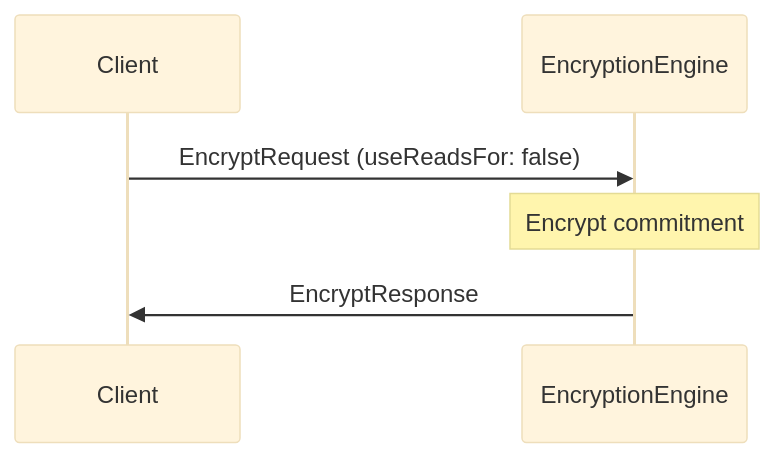
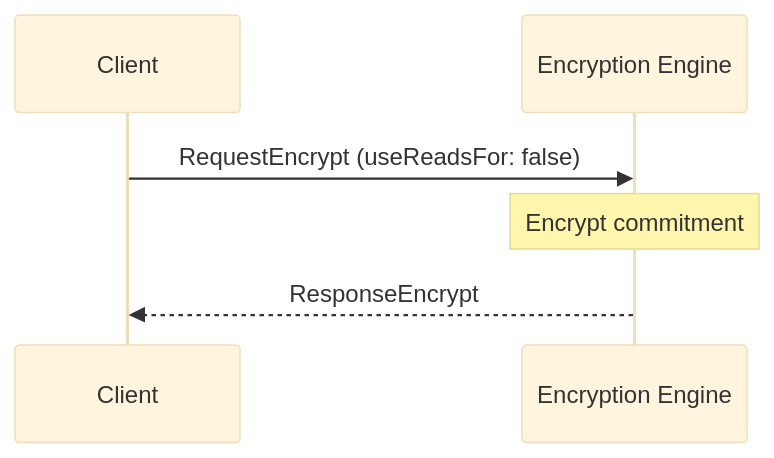
Before and after one commit to anoma/nspec: the first of 2 diagrams in docs/arch/node/engines/encryption_messages.juvix.md, drawn with Mermaid (base theme). The commit also changed other lines of this file and 7 other files, not shown here.

````diff
--- a/docs/arch/node/engines/encryption_messages.juvix.md
+++ b/docs/arch/node/engines/encryption_messages.juvix.md
@@ -79,9 +82,9 @@
 ```mermaid
 sequenceDiagram
-    participant Client
-    participant EncryptionEngine
+    participant C as Client
+    participant EE as Encryption Engine
 
-    Client->>EncryptionEngine: EncryptRequest (useReadsFor: false)
-    Note over EncryptionEngine: Encrypt commitment
-    EncryptionEngine->>Client: EncryptResponse
+    C->>EE: RequestEncrypt (useReadsFor: false)
+    Note over EE: Encrypt commitment
+    EE-->>C: ResponseEncrypt
 ```
````
